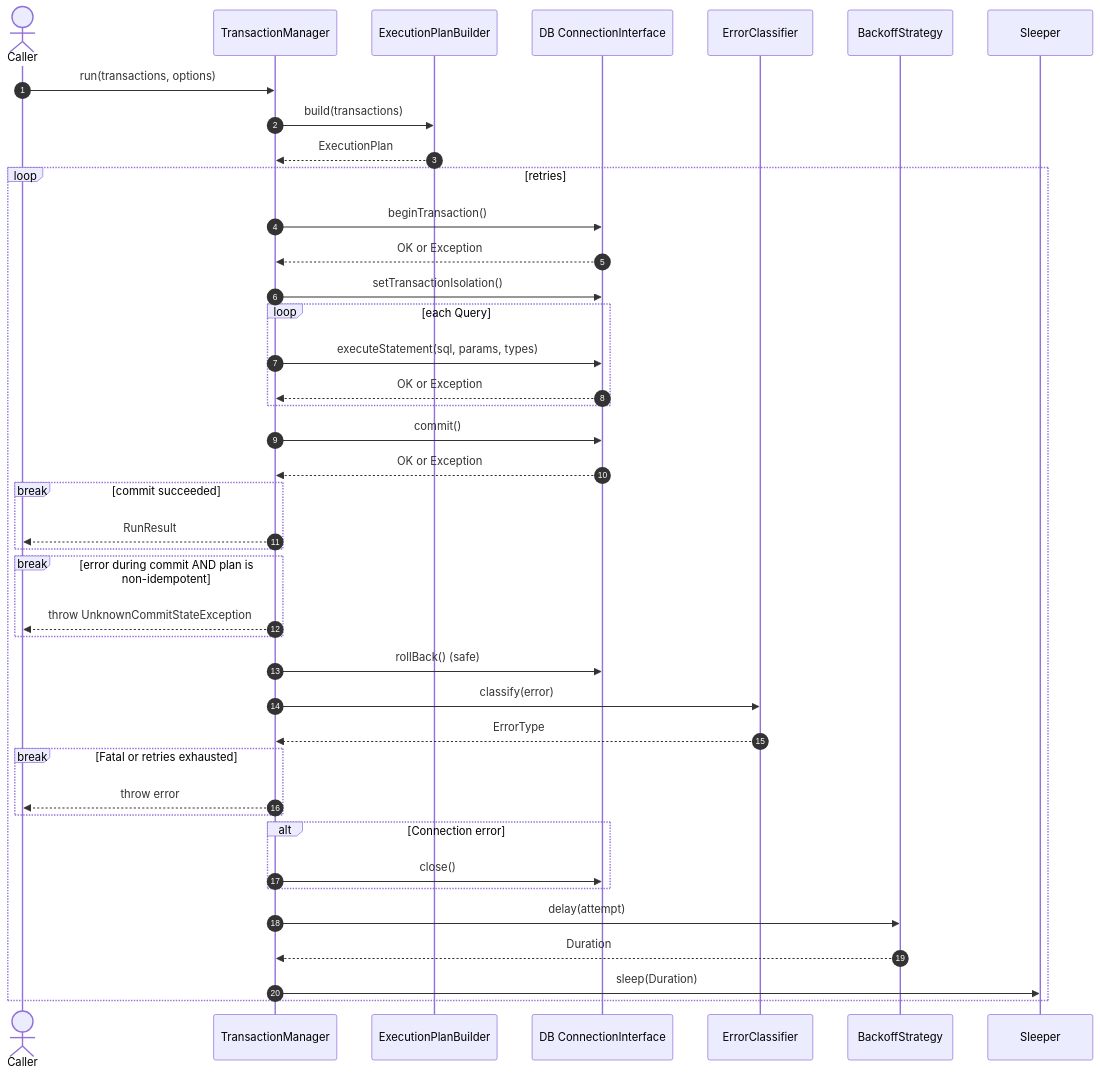
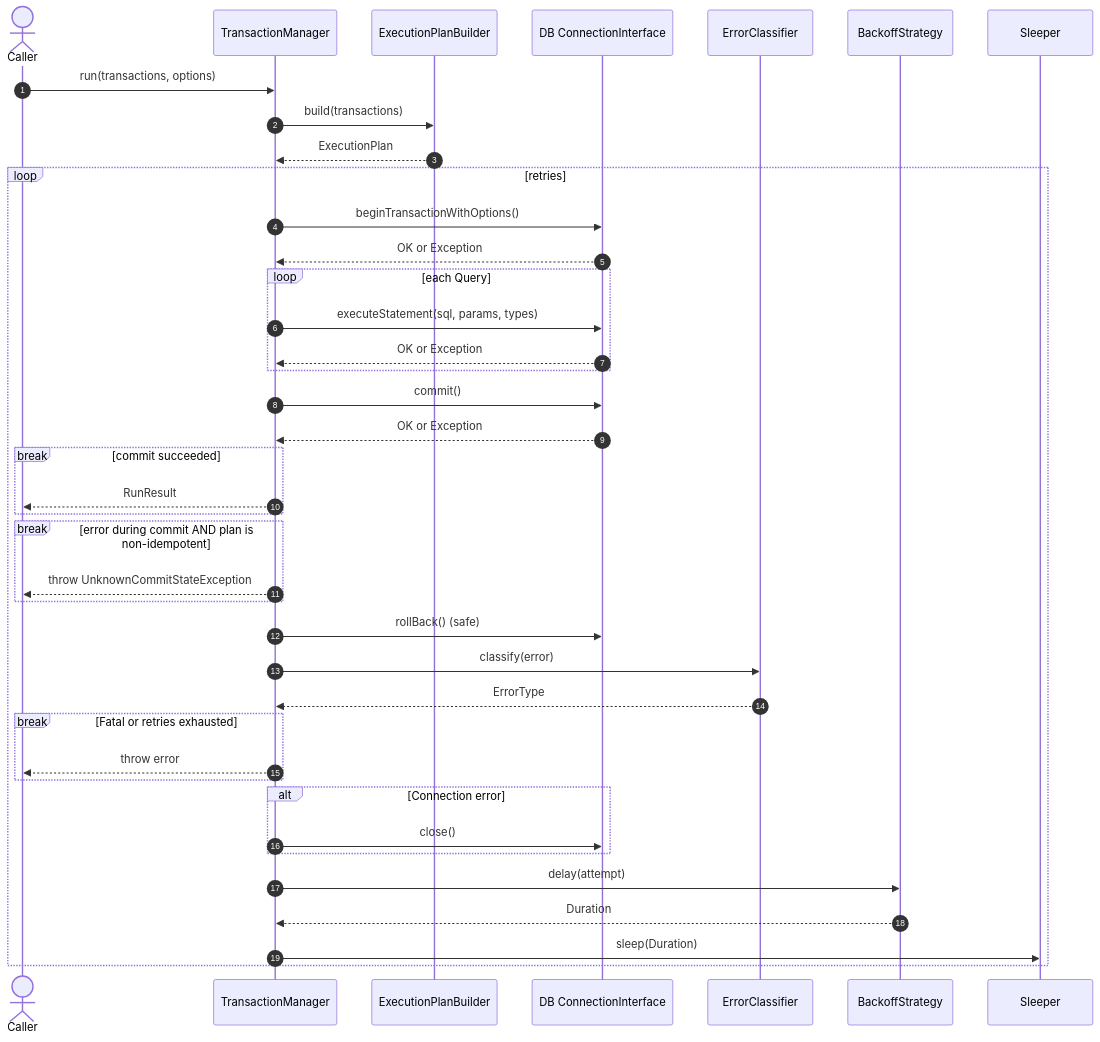
Before and after one commit to AEATech/transaction-manager-core: the diagram in README.md, drawn with Mermaid.

Commit message:
Update README to reflect `beginTransactionWithOptions` method and remove `setTransactionIsolation` call

````diff
--- a/README.md
+++ b/README.md
@@ -165,57 +165,55 @@
 ```mermaid
 sequenceDiagram
     autonumber
 
     actor Caller
     participant TM as TransactionManager
     participant EPB as ExecutionPlanBuilder
     participant Conn as DB ConnectionInterface
     participant EC as ErrorClassifier
     participant Backoff as BackoffStrategy
     participant Sleeper as Sleeper
 
     Caller->>TM: run(transactions, options)
     TM->>EPB: build(transactions)
     EPB-->>TM: ExecutionPlan
 
     loop retries
-        TM->>Conn: beginTransaction()
+        TM->>Conn: beginTransactionWithOptions()
         Conn-->>TM: OK or Exception
-
-        TM->>Conn: setTransactionIsolation()
 
         loop each Query
             TM->>Conn: executeStatement(sql, params, types)
             Conn-->>TM: OK or Exception
         end
 
         TM->>Conn: commit()
         Conn-->>TM: OK or Exception
 
         break commit succeeded
             TM-->>Caller: RunResult
         end
 
         break error during commit AND plan is non-idempotent
             TM-->>Caller: throw UnknownCommitStateException
         end
 
         TM->>Conn: rollBack() (safe)
 
         TM->>EC: classify(error)
         EC-->>TM: ErrorType
 
         break Fatal or retries exhausted
             TM-->>Caller: throw error
         end
 
         alt Connection error
             TM->>Conn: close()
         end
 
         TM->>Backoff: delay(attempt)
         Backoff-->>TM: Duration
 
         TM->>Sleeper: sleep(Duration)
     end
 ```
````
